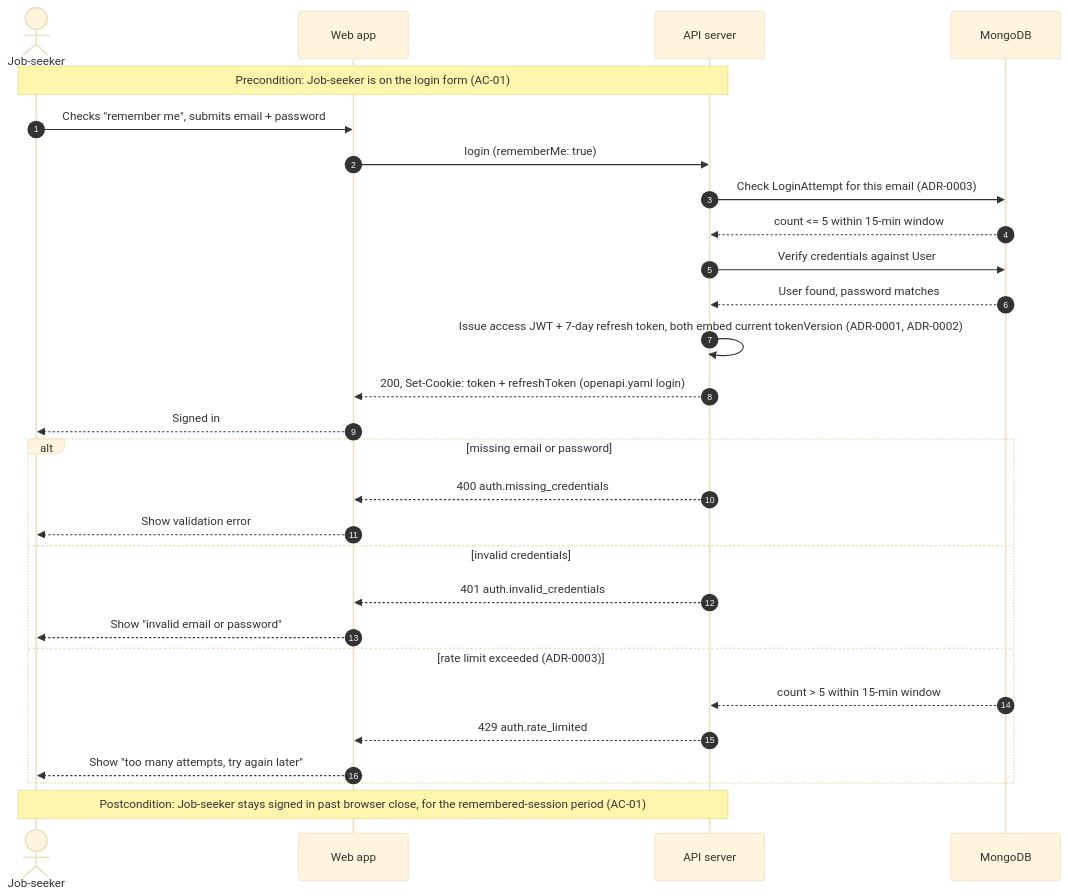
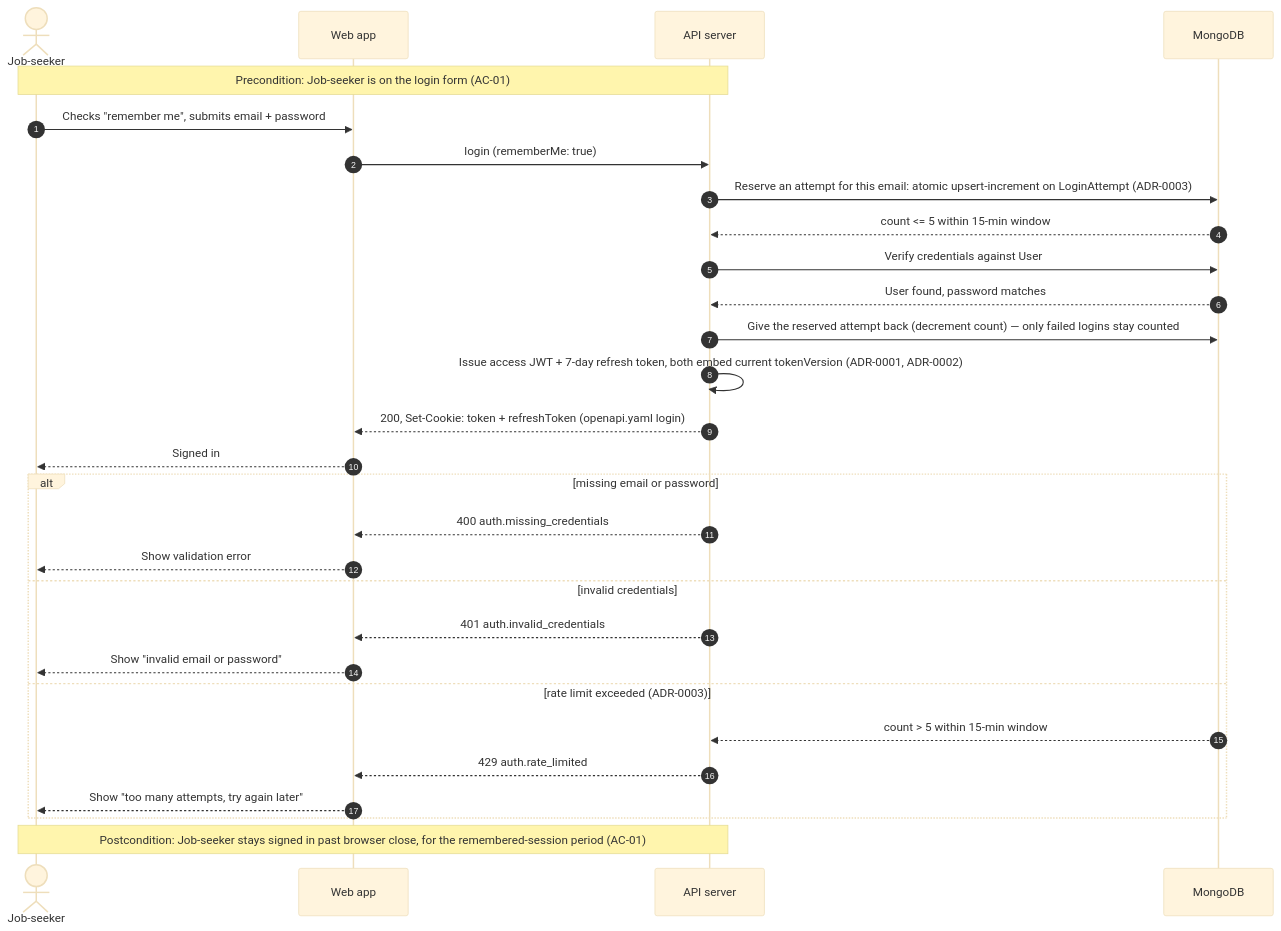
The seventh of 12 diagrams in docs/features/remember-me/sad.md (Tanya19Lion/ai-interview-trainer), drawn with Mermaid (base theme) before and after one commit. The commit also changed other lines of this file and 2 other files, not shown here.

Commit message:
docs(auth): bring the rate-limit docs in line with the shipped limiter
- remember-me SAD: the login sequence now reserves an attempt before the
  credential check and gives it back on success; the latency risk row
  mentions the extra write on a successful login.
- remember-me OpenAPI: /login says only failed logins stay counted.
- root PRD: /api/auth/login has had a rate limit since 0.1.0, so the abuse
  case and the open question now concern only /api/auth/register.

````diff
--- a/docs/features/remember-me/sad.md
+++ b/docs/features/remember-me/sad.md
@@ -302,31 +302,32 @@
 ```mermaid
 sequenceDiagram
     autonumber
     actor jobseeker as Job-seeker
     participant web as Web app
     participant api as API server
     participant mongo as MongoDB
 
     Note over jobseeker,api: Precondition: Job-seeker is on the login form (AC-01)
     jobseeker->>web: Checks "remember me", submits email + password
     web->>api: login (rememberMe: true)
-    api->>mongo: Check LoginAttempt for this email (ADR-0003)
+    api->>mongo: Reserve an attempt for this email: atomic upsert-increment on LoginAttempt (ADR-0003)
     mongo-->>api: count <= 5 within 15-min window
     api->>mongo: Verify credentials against User
     mongo-->>api: User found, password matches
+    api->>mongo: Give the reserved attempt back (decrement count) — only failed logins stay counted
     api->>api: Issue access JWT + 7-day refresh token, both embed current tokenVersion (ADR-0001, ADR-0002)
     api-->>web: 200, Set-Cookie: token + refreshToken (openapi.yaml login)
     web-->>jobseeker: Signed in
     alt missing email or password
         api-->>web: 400 auth.missing_credentials
         web-->>jobseeker: Show validation error
     else invalid credentials
         api-->>web: 401 auth.invalid_credentials
         web-->>jobseeker: Show "invalid email or password"
     else rate limit exceeded (ADR-0003)
         mongo-->>api: count > 5 within 15-min window
         api-->>web: 429 auth.rate_limited
         web-->>jobseeker: Show "too many attempts, try again later"
     end
     Note over jobseeker,api: Postcondition: Job-seeker stays signed in past browser close, for the remembered-session period (AC-01)
 ```
````
